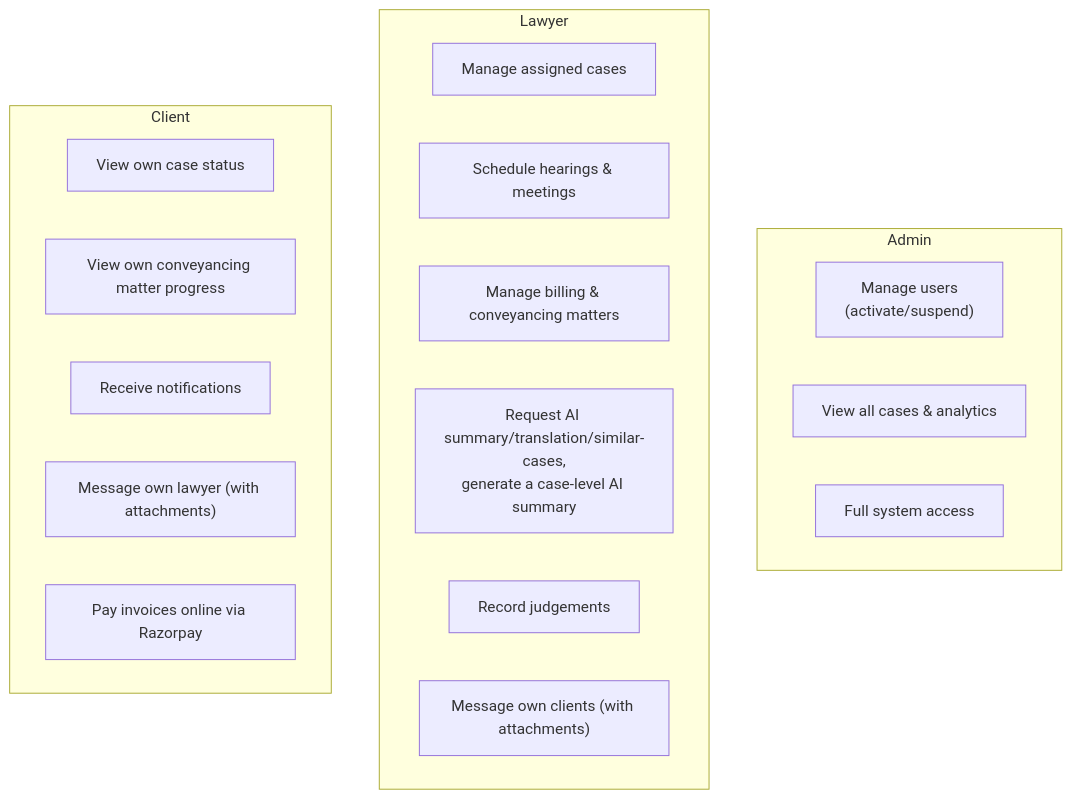
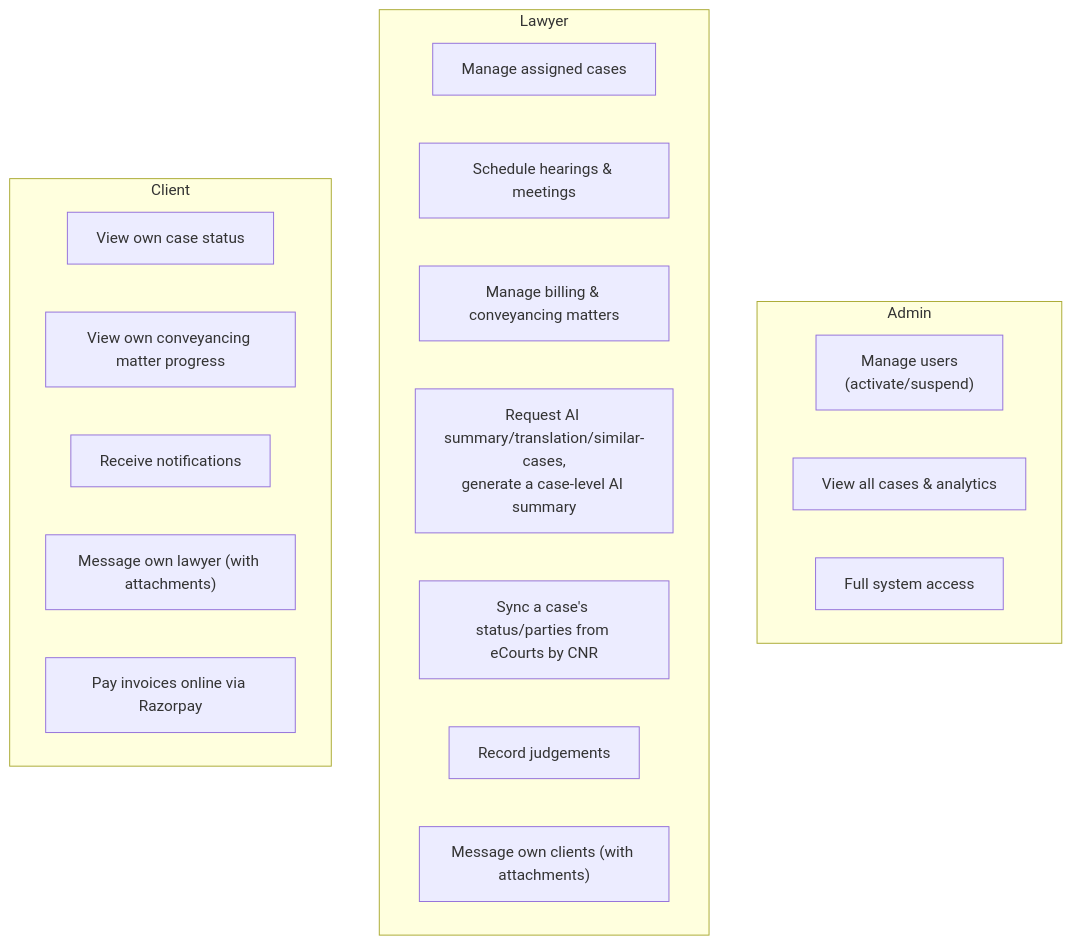
The third of 5 diagrams in docs/HLD.md (eyeofshreyas/BE-Project), drawn with Mermaid before and after one commit. The commit also changed other lines of this file and 1 other file, not shown here.

First line of the commit message:
Add eCourts sync to HLD/LLD — it was undocumented since it landed

````diff
--- a/docs/HLD.md
+++ b/docs/HLD.md
@@ -85,25 +89,26 @@
 ```mermaid
 graph TD
     subgraph AdminCap["Admin"]
         A1["Manage users\n(activate/suspend)"]
         A2["View all cases & analytics"]
         A3["Full system access"]
     end
 
     subgraph LawyerCap["Lawyer"]
         L1["Manage assigned cases"]
         L2["Schedule hearings & meetings"]
         L3["Manage billing & conveyancing matters"]
         L4["Request AI summary/translation/similar-cases,\ngenerate a case-level AI summary"]
-        L5["Record judgements"]
-        L6["Message own clients (with attachments)"]
+        L5["Sync a case's status/parties from eCourts by CNR"]
+        L6["Record judgements"]
+        L7["Message own clients (with attachments)"]
     end
 
     subgraph ClientCap["Client"]
         C1["View own case status"]
         C2["View own conveyancing matter progress"]
         C3["Receive notifications"]
         C4["Message own lawyer (with attachments)"]
         C5["Pay invoices online via Razorpay"]
     end
 ```
````
